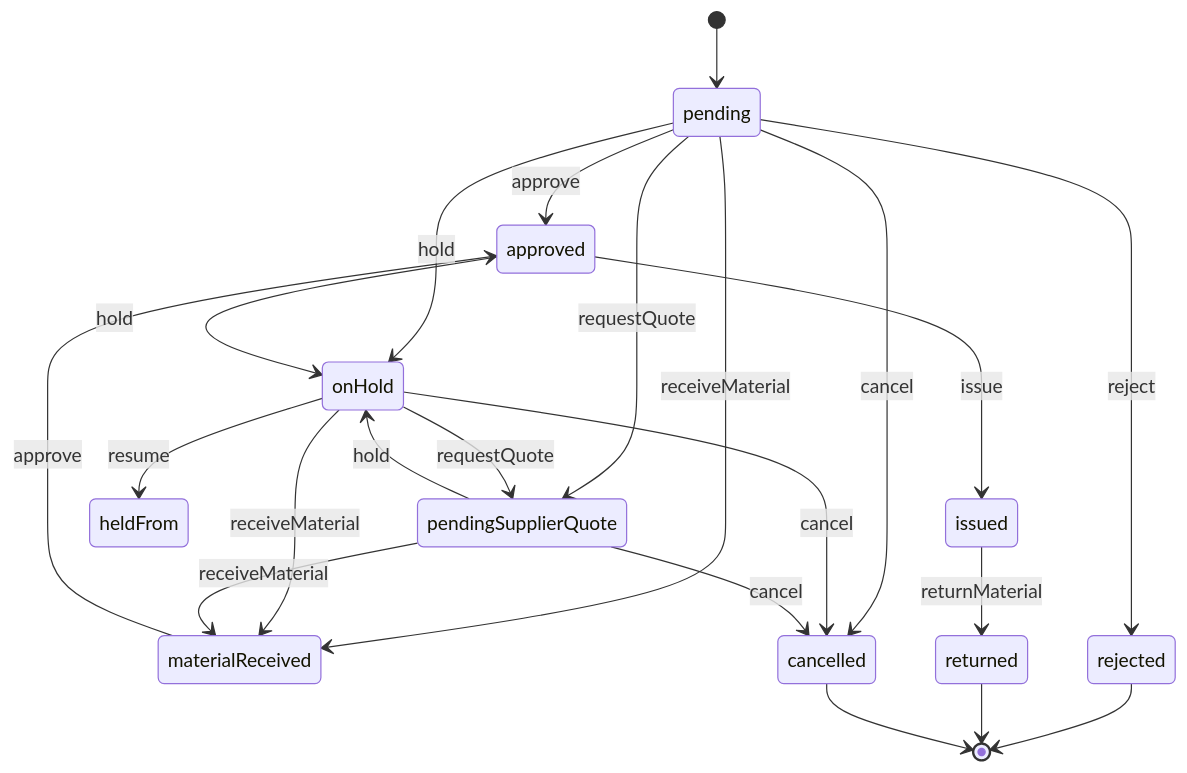
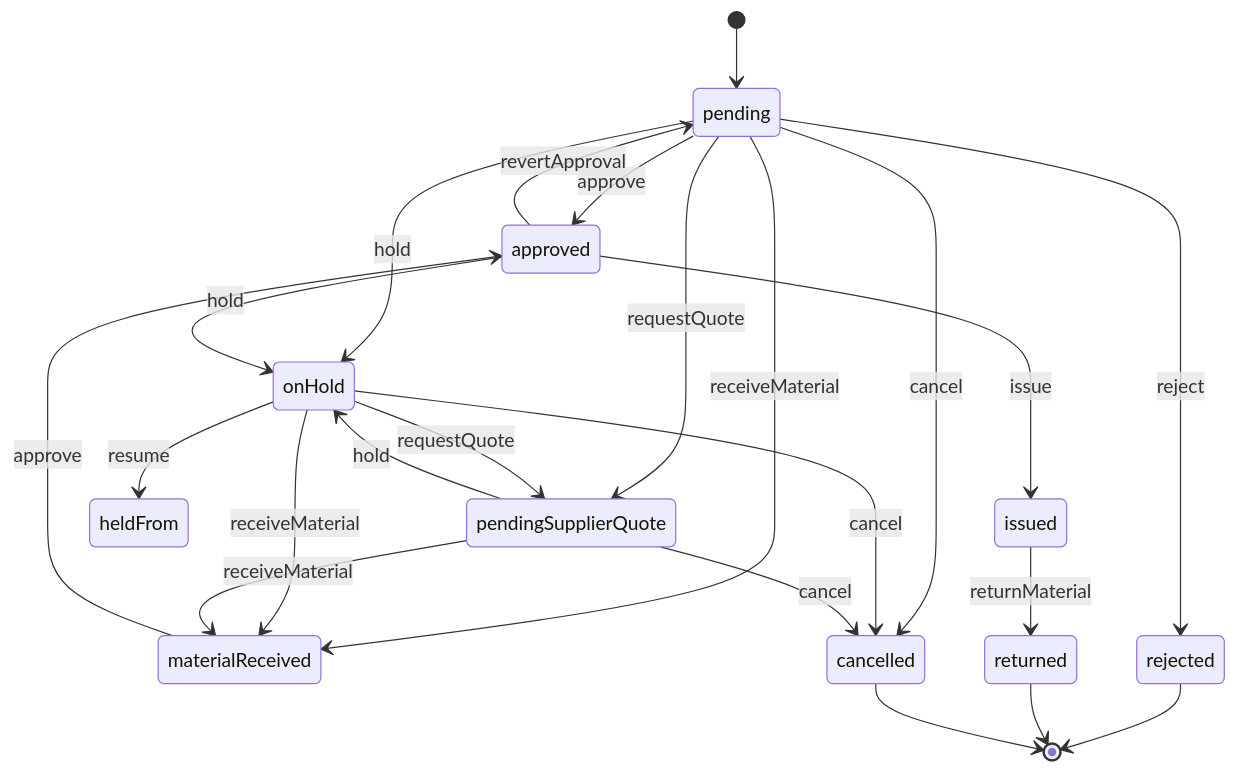
One commit to kaoticos53/GestMant_TS changed the second of 3 diagrams in .context/specifications.md. Above: the diagram before and after it, drawn with Mermaid. The commit also changed other lines of this file and 12 other files, not shown here.

````diff
--- a/.context/specifications.md
+++ b/.context/specifications.md
@@ -143,25 +143,26 @@
 ```mermaid
 stateDiagram-v2
   %% machine: request
   [*] --> pending
   pending --> approved : approve
   materialReceived --> approved : approve
   pending --> rejected : reject
   pending --> onHold : hold
   approved --> onHold : hold
   pendingSupplierQuote --> onHold : hold
   onHold --> heldFrom : resume
   approved --> issued : issue
+  approved --> pending : revertApproval
   issued --> returned : returnMaterial
   pending --> cancelled : cancel
   onHold --> cancelled : cancel
   pendingSupplierQuote --> cancelled : cancel
   pending --> pendingSupplierQuote : requestQuote
   onHold --> pendingSupplierQuote : requestQuote
   pending --> materialReceived : receiveMaterial
   onHold --> materialReceived : receiveMaterial
   pendingSupplierQuote --> materialReceived : receiveMaterial
   rejected --> [*]
   returned --> [*]
   cancelled --> [*]
 ```
````
